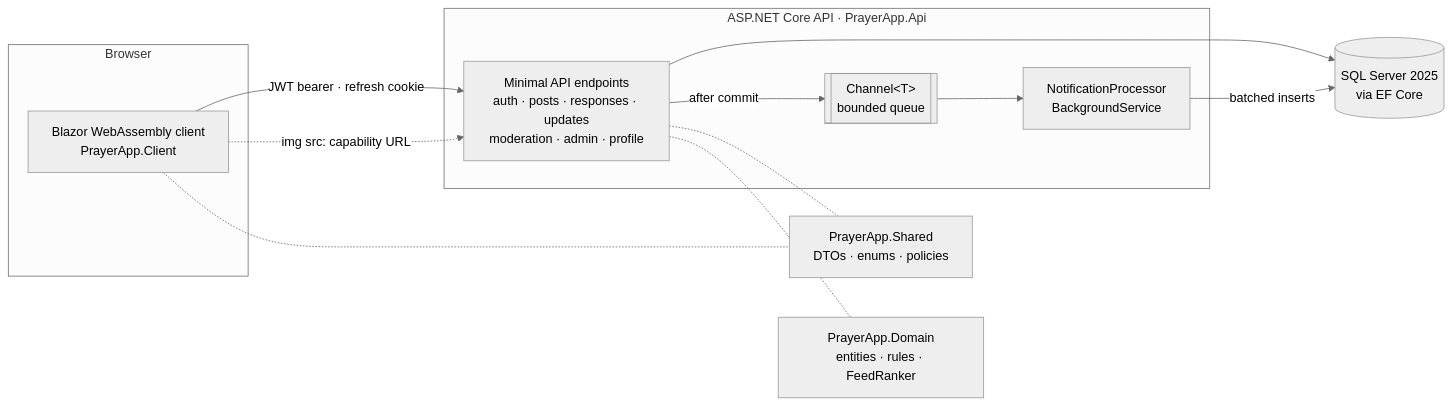
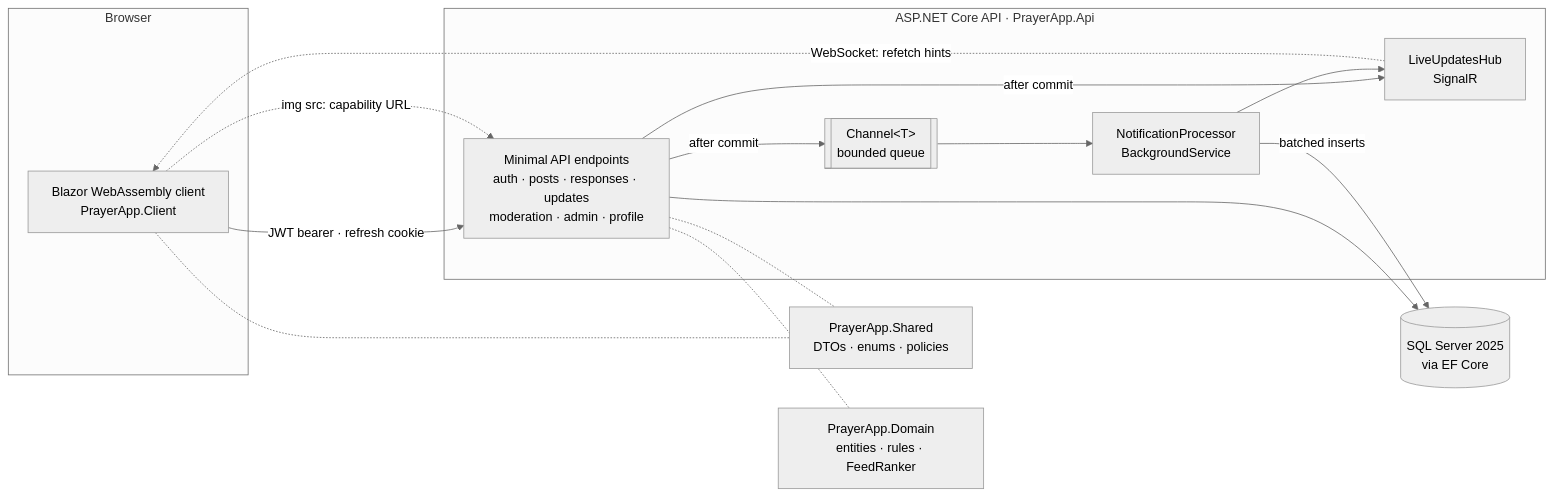
One commit to VinnyL12/PrayerApp changed the diagram in README.md. Above: the diagram before and after it, drawn with Mermaid (neutral theme). The commit also changed other lines of this file and 15 other files, not shown here.

First line of the commit message:
Push live notification and moderation updates over SignalR

````diff
--- a/README.md
+++ b/README.md
@@ -53,24 +55,28 @@
 ```mermaid
 flowchart LR
     subgraph Browser
         Client["Blazor WebAssembly client<br/>PrayerApp.Client"]
     end
 
     subgraph API["ASP.NET Core API · PrayerApp.Api"]
         Endpoints["Minimal API endpoints<br/>auth · posts · responses · updates<br/>moderation · admin · profile"]
         Queue[["Channel&lt;T&gt;<br/>bounded queue"]]
         Processor["NotificationProcessor<br/>BackgroundService"]
+        Hub["LiveUpdatesHub<br/>SignalR"]
     end
 
     DB[("SQL Server 2025<br/>via EF Core")]
     Shared["PrayerApp.Shared<br/>DTOs · enums · policies"]
     Domain["PrayerApp.Domain<br/>entities · rules · FeedRanker"]
 
     Client -- "JWT bearer · refresh cookie" --> Endpoints
     Client -. "img src: capability URL" .-> Endpoints
     Endpoints --> DB
     Endpoints -- "after commit" --> Queue --> Processor -- "batched inserts" --> DB
+    Endpoints -- "after commit" --> Hub
+    Processor --> Hub
+    Hub -. "WebSocket: refetch hints" .-> Client
     Client -.- Shared
     Endpoints -.- Shared
     Endpoints -.- Domain
 ```
````
